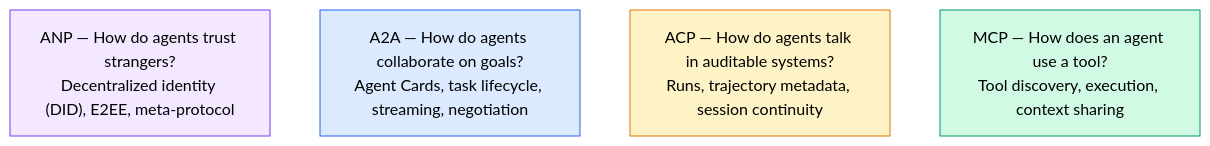
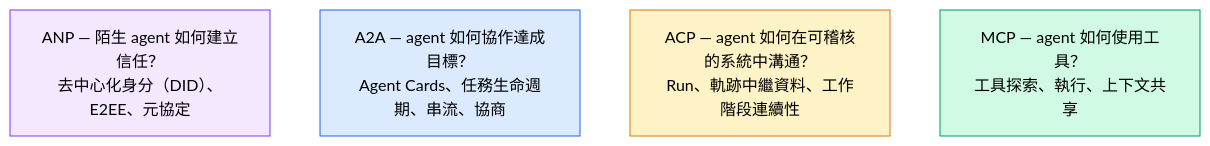
The first of 13 diagrams in i18n/zh-TW/phases/16-multi-agent-and-swarms/03-communication-protocols/docs/zh-TW.md (edward821220/ai-engineering-from-scratch), drawn with Mermaid (forest theme) before and after one commit. The commit also changed other lines of this file and 43 other files, not shown here.

````diff
--- a/i18n/zh-TW/phases/16-multi-agent-and-swarms/03-communication-protocols/docs/zh-TW.md
+++ b/i18n/zh-TW/phases/16-multi-agent-and-swarms/03-communication-protocols/docs/zh-TW.md
@@ -39,12 +39,12 @@
 ```mermaid
 flowchart TD
-  ANP["ANP — How do agents trust strangers?<br/>Decentralized identity (DID), E2EE, meta-protocol"]
-  A2A["A2A — How do agents collaborate on goals?<br/>Agent Cards, task lifecycle, streaming, negotiation"]
-  ACP["ACP — How do agents talk in auditable systems?<br/>Runs, trajectory metadata, session continuity"]
-  MCP["MCP — How does an agent use a tool?<br/>Tool discovery, execution, context sharing"]
+  ANP["ANP — 陌生 agent 如何建立信任？<br/>去中心化身分（DID）、E2EE、元協定"]
+  A2A["A2A — agent 如何協作達成目標？<br/>Agent Cards、任務生命週期、串流、協商"]
+  ACP["ACP — agent 如何在可稽核的系統中溝通？<br/>Run、軌跡中繼資料、工作階段連續性"]
+  MCP["MCP — agent 如何使用工具？<br/>工具探索、執行、上下文共享"]
 
   style ANP fill:#f3e8ff,stroke:#7c3aed
   style A2A fill:#dbeafe,stroke:#2563eb
   style ACP fill:#fef3c7,stroke:#d97706
   style MCP fill:#d1fae5,stroke:#059669
 ```
````
